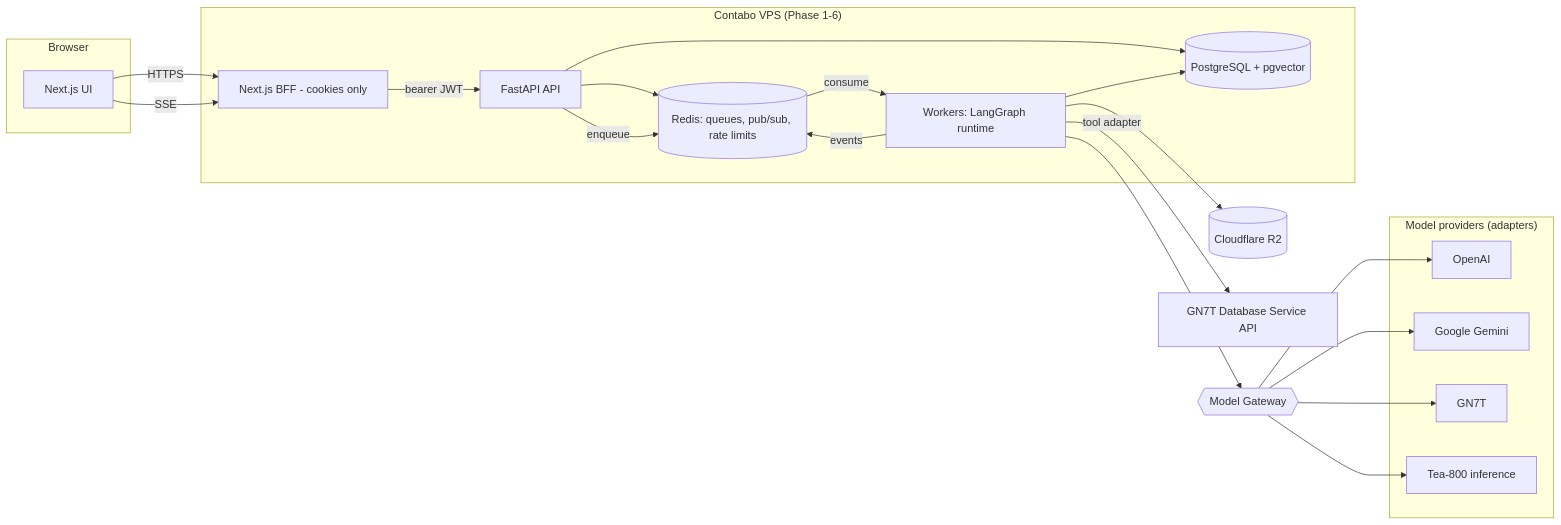
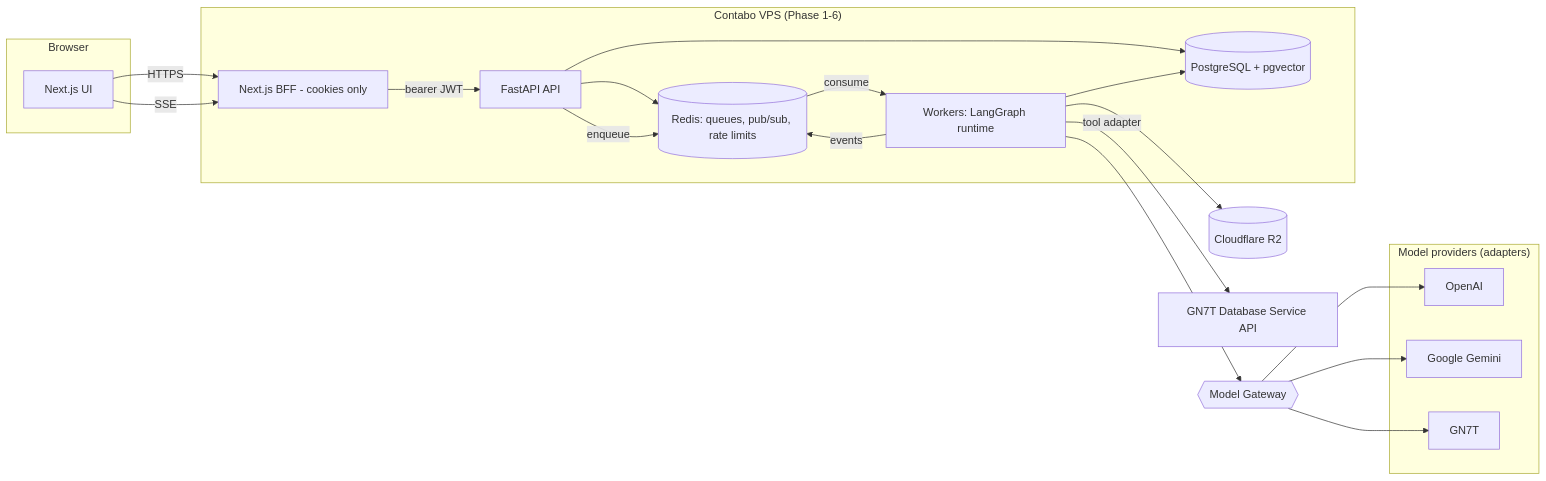
Before and after one commit to Tr15tan01/agentfirm: the first of 3 diagrams in docs/ARCHITECTURE.md, drawn with Mermaid. The commit also changed other lines of this file and 32 other files, not shown here.

````diff
--- a/docs/ARCHITECTURE.md
+++ b/docs/ARCHITECTURE.md
@@ -88,35 +88,34 @@
 ```mermaid
 flowchart LR
   subgraph Browser
     UI[Next.js UI]
   end
   subgraph VPS["Contabo VPS (Phase 1-6)"]
     BFF[Next.js BFF - cookies only]
     API[FastAPI API]
     W[Workers: LangGraph runtime]
     PG[(PostgreSQL + pgvector)]
     R[(Redis: queues, pub/sub, rate limits)]
   end
   R2[(Cloudflare R2)]
   subgraph Providers["Model providers (adapters)"]
     OAI[OpenAI]
     GEM[Google Gemini]
     GN7T[GN7T]
-    TEA[Tea-800 inference]
   end
   GN7TDB[GN7T Database Service API]
 
   UI -- HTTPS --> BFF
   UI -- SSE --> BFF
   BFF -- bearer JWT --> API
   API --> PG
   API --> R
   API -- enqueue --> R
   R -- consume --> W
   W --> PG
   W -- events --> R
   W --> GW{{Model Gateway}}
-  GW --> OAI & GEM & GN7T & TEA
+  GW --> OAI & GEM & GN7T
   W --> R2
   W -- tool adapter --> GN7TDB
 ```
````
